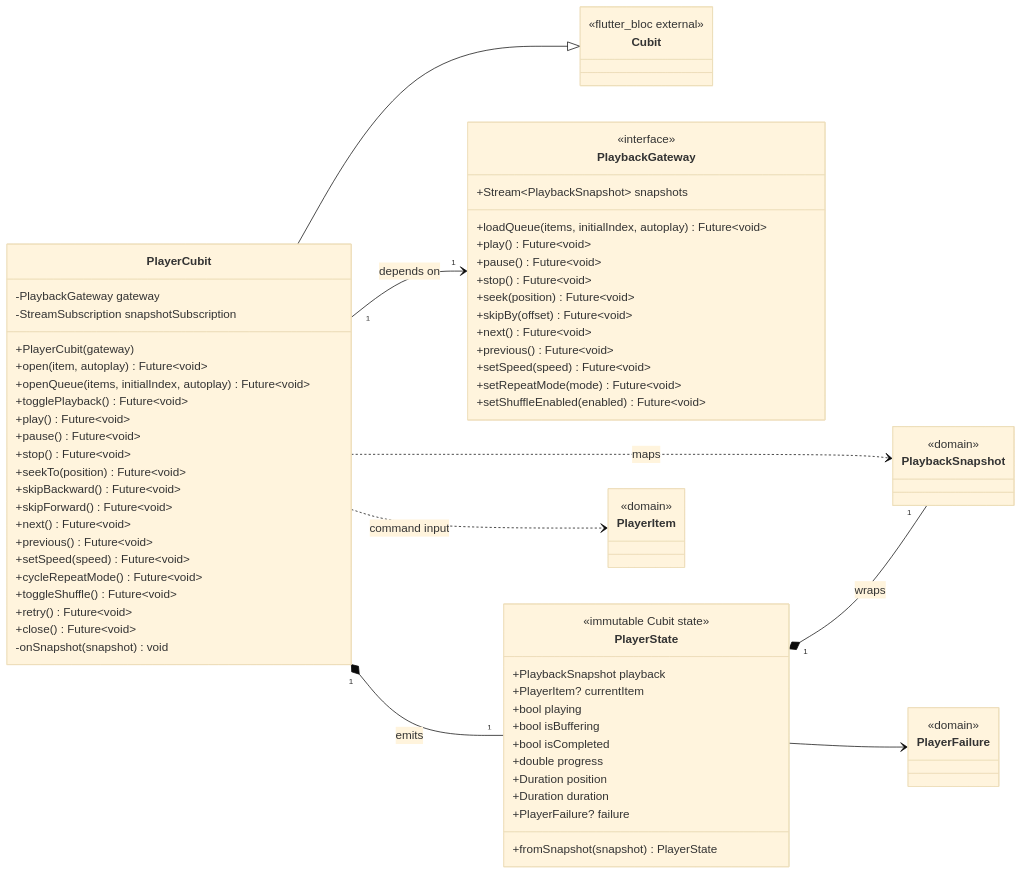
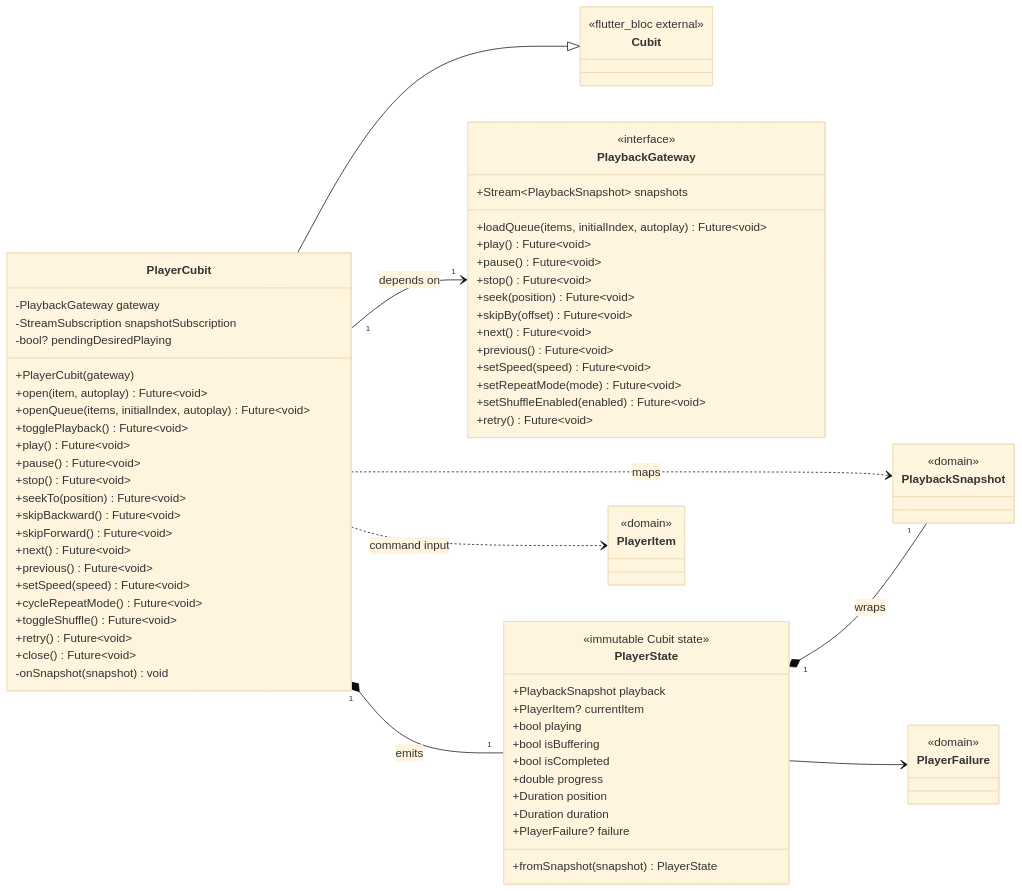
Before and after one commit to ViUniverse/ViListen: the fifth of 10 diagrams in docs/player-class-diagram.md, drawn with Mermaid (base theme). The commit also changed other lines of this file and 4 other files, not shown here.

```diff
--- a/docs/player-class-diagram.md
+++ b/docs/player-class-diagram.md
@@ -477,6 +601,7 @@
   +setSpeed(speed) Future~void~
   +setRepeatMode(mode) Future~void~
   +setShuffleEnabled(enabled) Future~void~
+  +retry() Future~void~
 }
 
 class PlayerState {
@@ -496,6 +621,7 @@
 class PlayerCubit {
   -PlaybackGateway gateway
   -StreamSubscription snapshotSubscription
+  -bool? pendingDesiredPlaying
   +PlayerCubit(gateway)
   +open(item, autoplay) Future~void~
   +openQueue(items, initialIndex, autoplay) Future~void~
```
